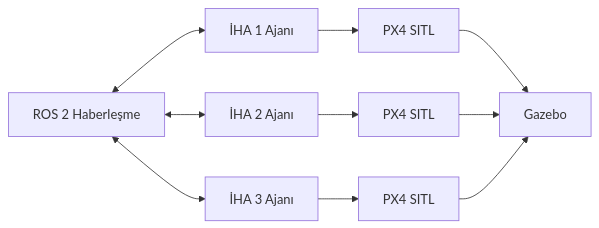
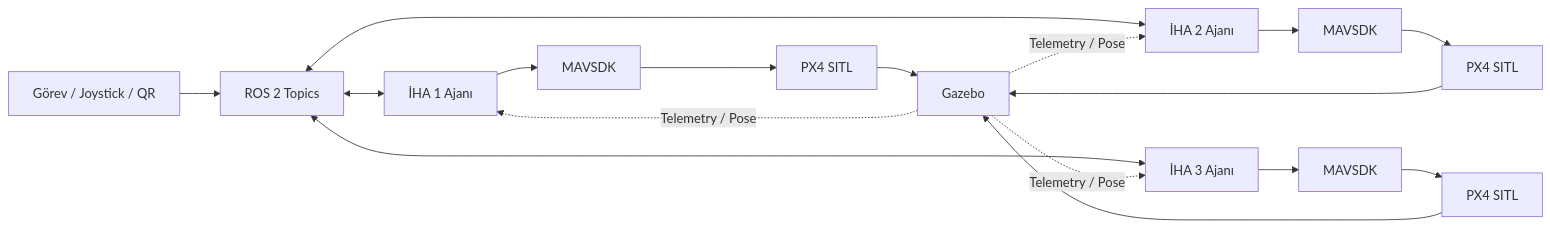
One commit to tuanaakyazi/distributed-swarm-uav-simulation changed the diagram in README.md. Above: the diagram before and after it, drawn with Mermaid.

Commit message:
Revise flowchart in README for system architecture
Updated the flowchart to reflect changes in the system architecture and added connections for MAVSDK.

````diff
--- a/README.md
+++ b/README.md
@@ -31,21 +31,42 @@
 ```mermaid
 flowchart LR
-    ROS[ROS 2 Haberleşme]
+    IN[Görev / Joystick / QR]
+
+    ROS[ROS 2 Topics]
+
     A1[İHA 1 Ajanı]
     A2[İHA 2 Ajanı]
     A3[İHA 3 Ajanı]
+
+    M1[MAVSDK]
+    M2[MAVSDK]
+    M3[MAVSDK]
+
     P1[PX4 SITL]
     P2[PX4 SITL]
     P3[PX4 SITL]
+
     GZ[Gazebo]
+
+    IN --> ROS
 
     ROS <--> A1
     ROS <--> A2
     ROS <--> A3
-    A1 --> P1
-    A2 --> P2
-    A3 --> P3
+
+    A1 --> M1
+    A2 --> M2
+    A3 --> M3
+
+    M1 --> P1
+    M2 --> P2
+    M3 --> P3
+
     P1 --> GZ
     P2 --> GZ
     P3 --> GZ
+
+    GZ -. Telemetry / Pose .-> A1
+    GZ -. Telemetry / Pose .-> A2
+    GZ -. Telemetry / Pose .-> A3
 ```
````
